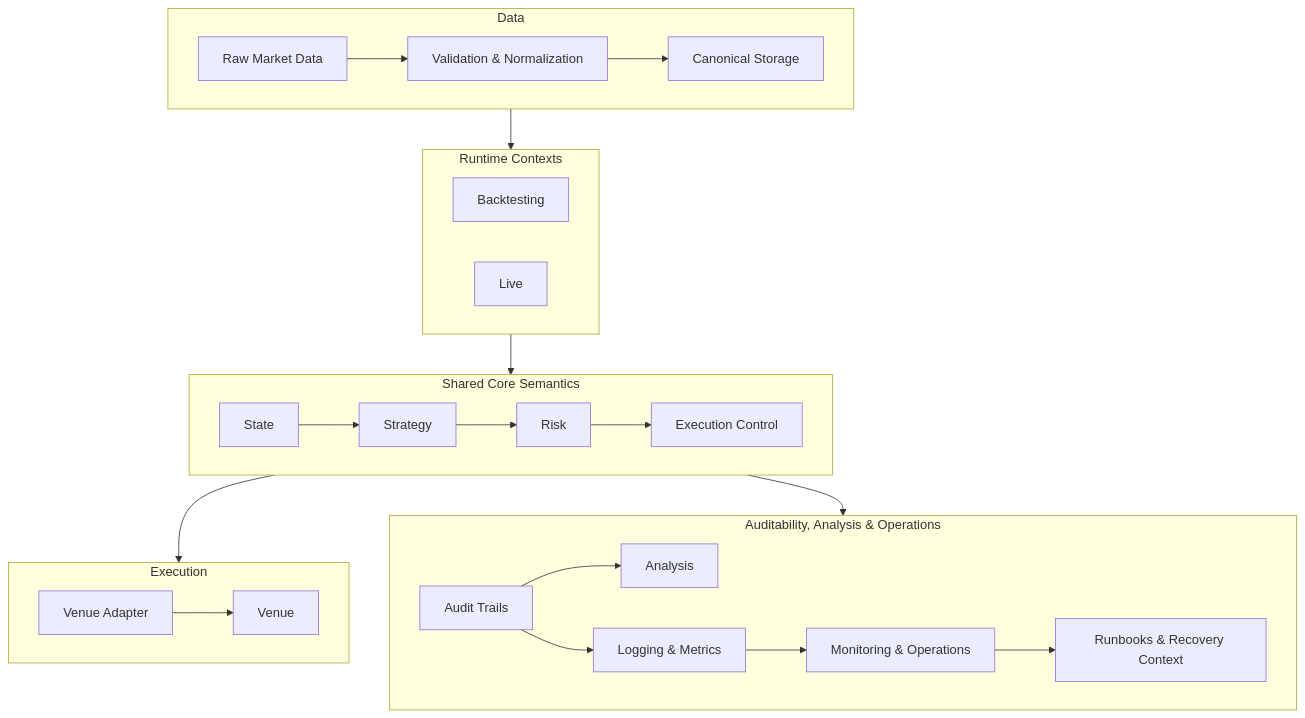
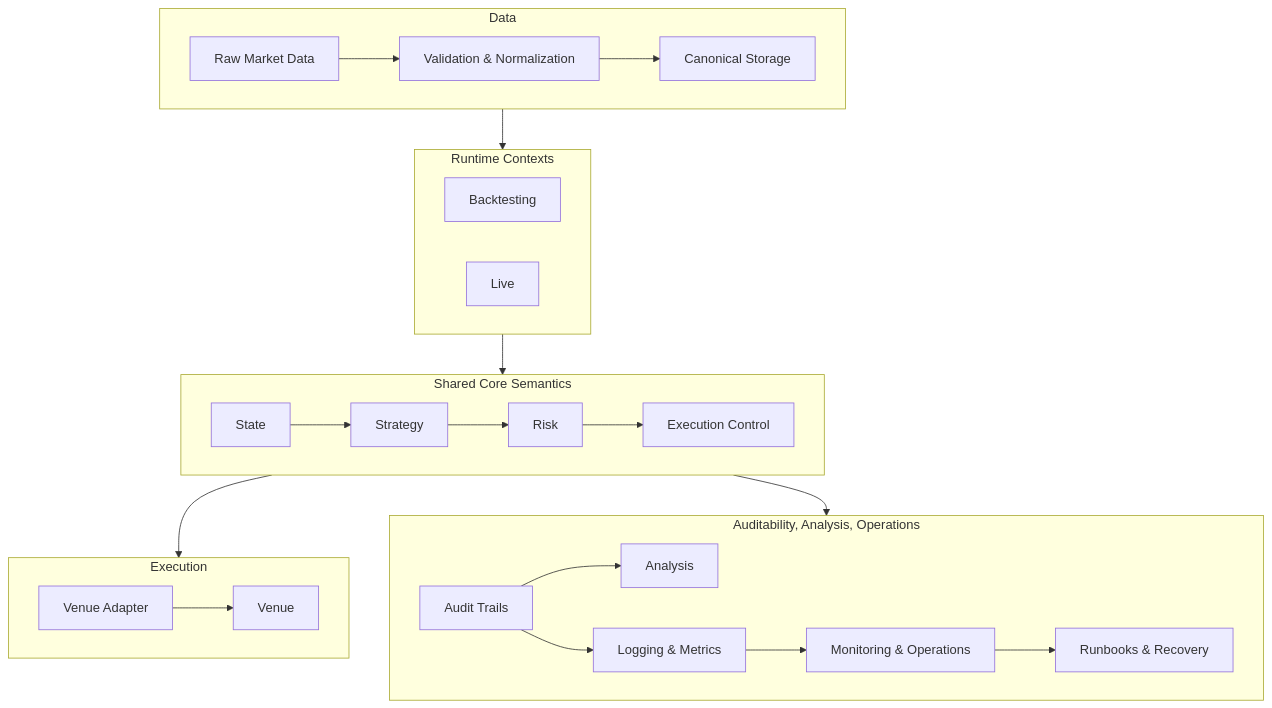
One commit to TradingChassis/.github changed the diagram in profile/README.md. Above: the diagram before and after it, drawn with Mermaid. The commit also changed other lines of this file, not shown here.

````diff
--- a/profile/README.md
+++ b/profile/README.md
@@ -68,37 +77,37 @@
 ```mermaid
 flowchart TD
     subgraph DATA[Data]
         A[Raw Market Data] --> B[Validation & Normalization]
         B --> C[Canonical Storage]
     end
 
     subgraph RUNTIME[Runtime Contexts]
         F[Backtesting]
         G[Live]
     end
 
     subgraph CORE[Shared Core Semantics]
         I[State]
         I --> K[Strategy]
         K --> M[Risk]
         M --> N[Execution Control]
     end
 
     subgraph EXECUTION[Execution]
         O[Venue Adapter]
         O --> P[Venue]
     end
 
-    subgraph OBSERVABILITY[Auditability, Analysis & Operations]
+    subgraph OBSERVABILITY[Auditability, Analysis, Operations]
         Q[Audit Trails]
         Q --> R[Analysis]
         Q --> S[Logging & Metrics]
         S --> T[Monitoring & Operations]
-        T --> U[Runbooks & Recovery Context]
+        T --> U[Runbooks & Recovery]
     end
 
     DATA --> RUNTIME
     RUNTIME --> CORE
     CORE --> EXECUTION
     CORE --> OBSERVABILITY
 ```
````
